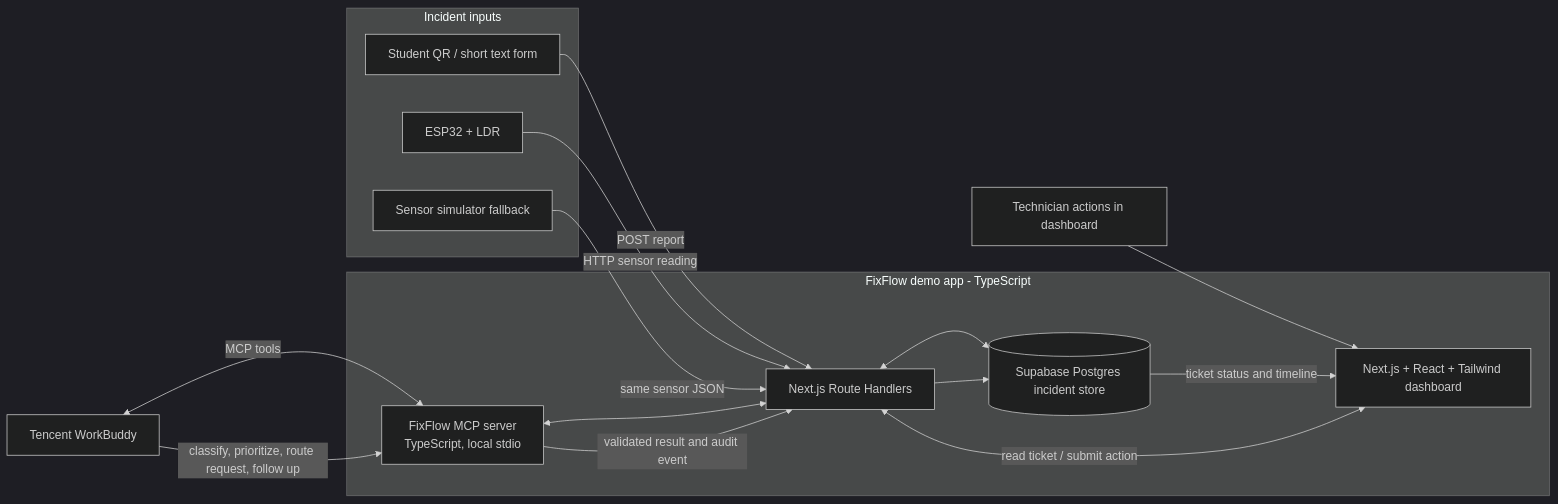
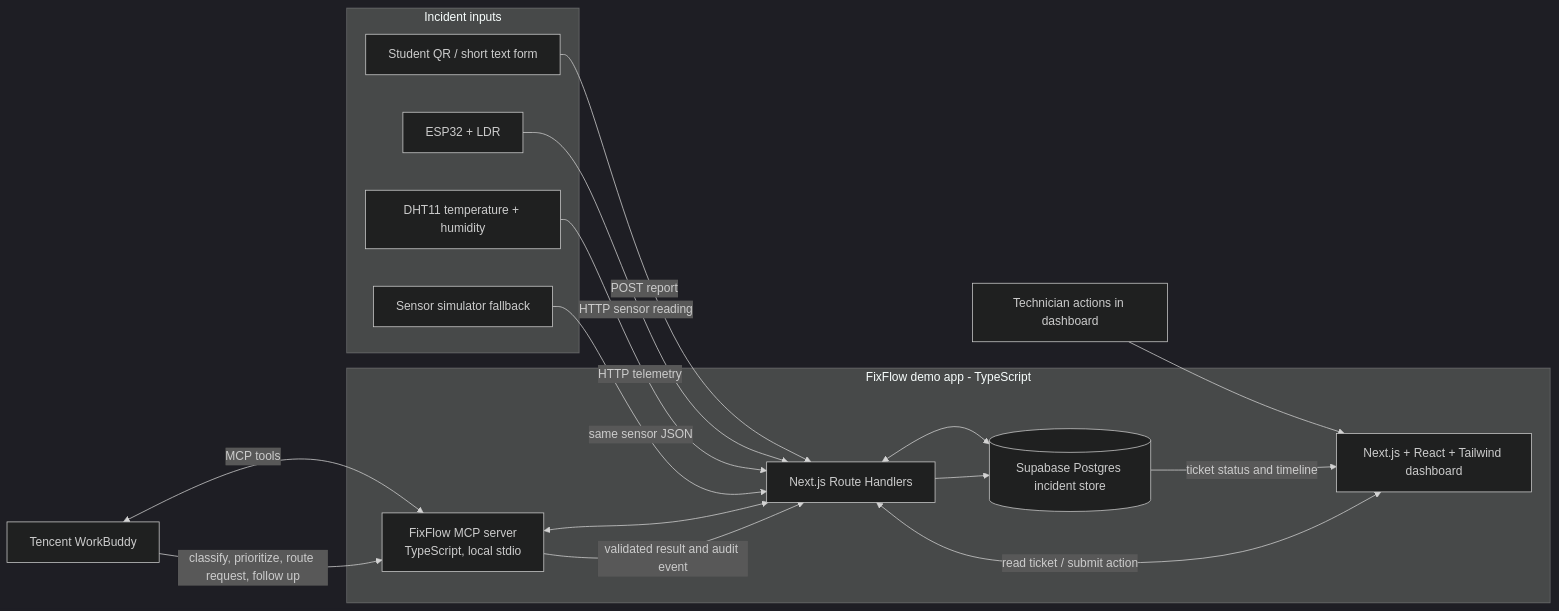
Before and after one commit to joeming1/67-scuba: the diagram in docs/THREE_ENGINEER_WORKFLOW.md, drawn with Mermaid (dark theme). The commit also changed other lines of this file and 32 other files, not shown here.

Commit message:
Add DHT11 sensor telemetry

````diff
--- a/docs/THREE_ENGINEER_WORKFLOW.md
+++ b/docs/THREE_ENGINEER_WORKFLOW.md
@@ -11,31 +11,33 @@
 ```mermaid
 flowchart LR
     subgraph Inputs[Incident inputs]
         Student[Student QR / short text form]
         LDR[ESP32 + LDR]
+        DHT[DHT11 temperature + humidity]
         Sim[Sensor simulator fallback]
     end
 
     subgraph App[FixFlow demo app - TypeScript]
         Web[Next.js + React + Tailwind dashboard]
         API[Next.js Route Handlers]
         DB[(Supabase Postgres incident store)]
         MCP[FixFlow MCP server<br/>TypeScript, local stdio]
     end
 
     WB[Tencent WorkBuddy]
     Tech[Technician actions in dashboard]
 
     Student -->|POST report| API
     LDR -->|HTTP sensor reading| API
+    DHT -->|HTTP telemetry| API
     Sim -->|same sensor JSON| API
     Web <-->|read ticket / submit action| API
     API <--> DB
     WB <-->|MCP tools| MCP
     MCP <--> API
     Tech --> Web
     WB -->|classify, prioritize, route request, follow up| MCP
     MCP -->|validated result and audit event| API
     API --> DB
     DB -->|ticket status and timeline| Web
 ```
````
